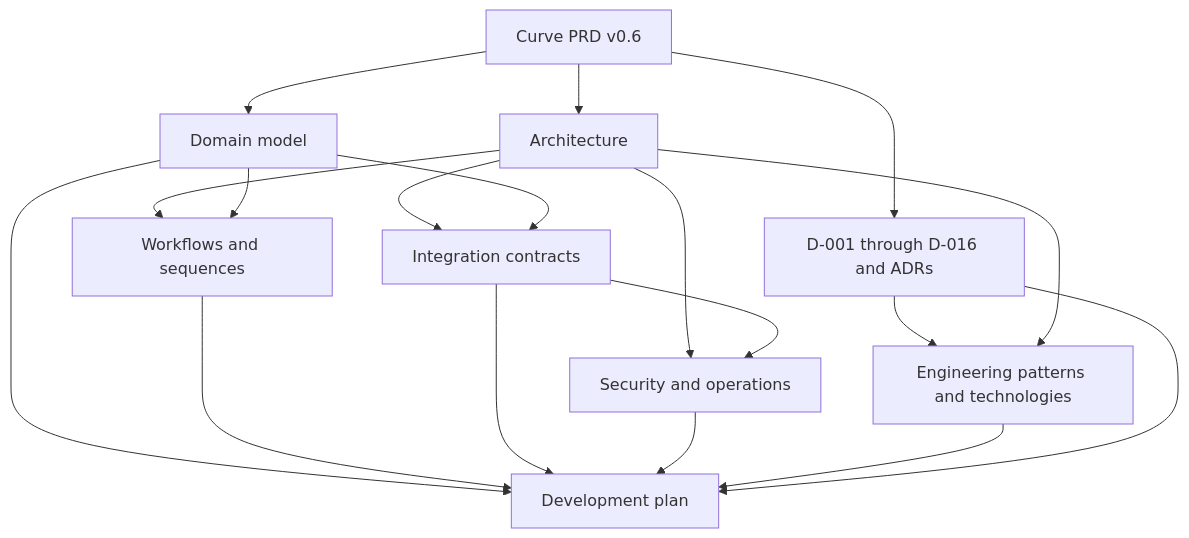
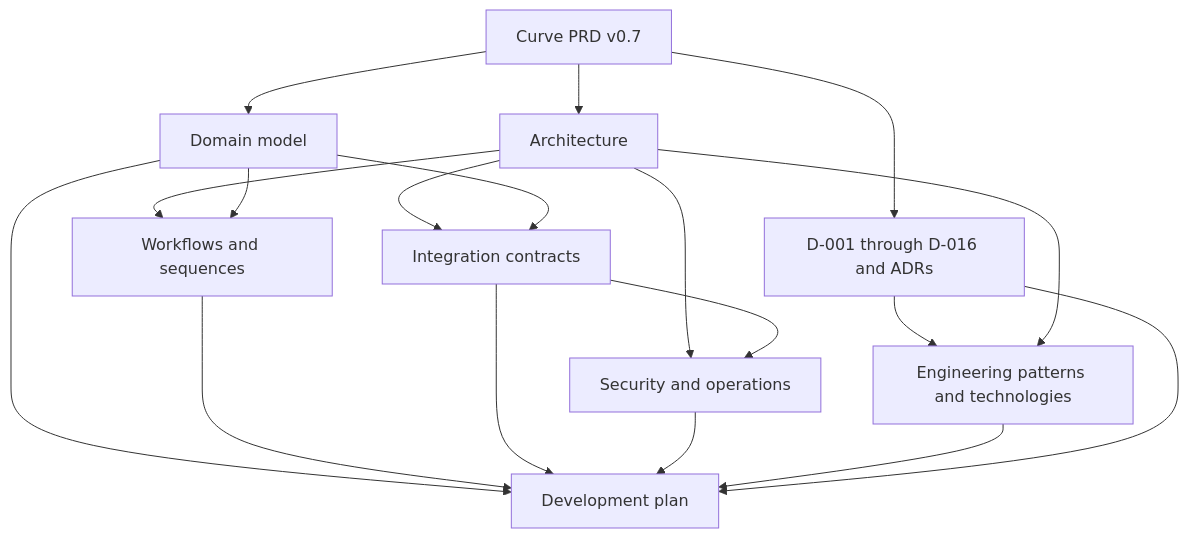
Before and after one commit to faocampo/curve: the diagram in docs/technical/README.md, drawn with Mermaid. The commit also changed other lines of this file and 51 other files, not shown here.

Commit message:
docs: complete initial M0 contract schemas

````diff
--- a/docs/technical/README.md
+++ b/docs/technical/README.md
@@ -55,20 +55,20 @@
 ```mermaid
 flowchart TD
-    prd["Curve PRD v0.6"] --> decisions["D-001 through D-016 and ADRs"]
+    prd["Curve PRD v0.7"] --> decisions["D-001 through D-016 and ADRs"]
     prd --> architecture[Architecture]
     prd --> domain[Domain model]
     architecture --> workflows[Workflows and sequences]
     domain --> workflows
     architecture --> integrations[Integration contracts]
     domain --> integrations
     architecture --> security[Security and operations]
     integrations --> security
     decisions --> technology["Engineering patterns and technologies"]
     architecture --> technology
     domain --> plan[Development plan]
     workflows --> plan
     integrations --> plan
     security --> plan
     technology --> plan
     decisions --> plan
 ```
````
